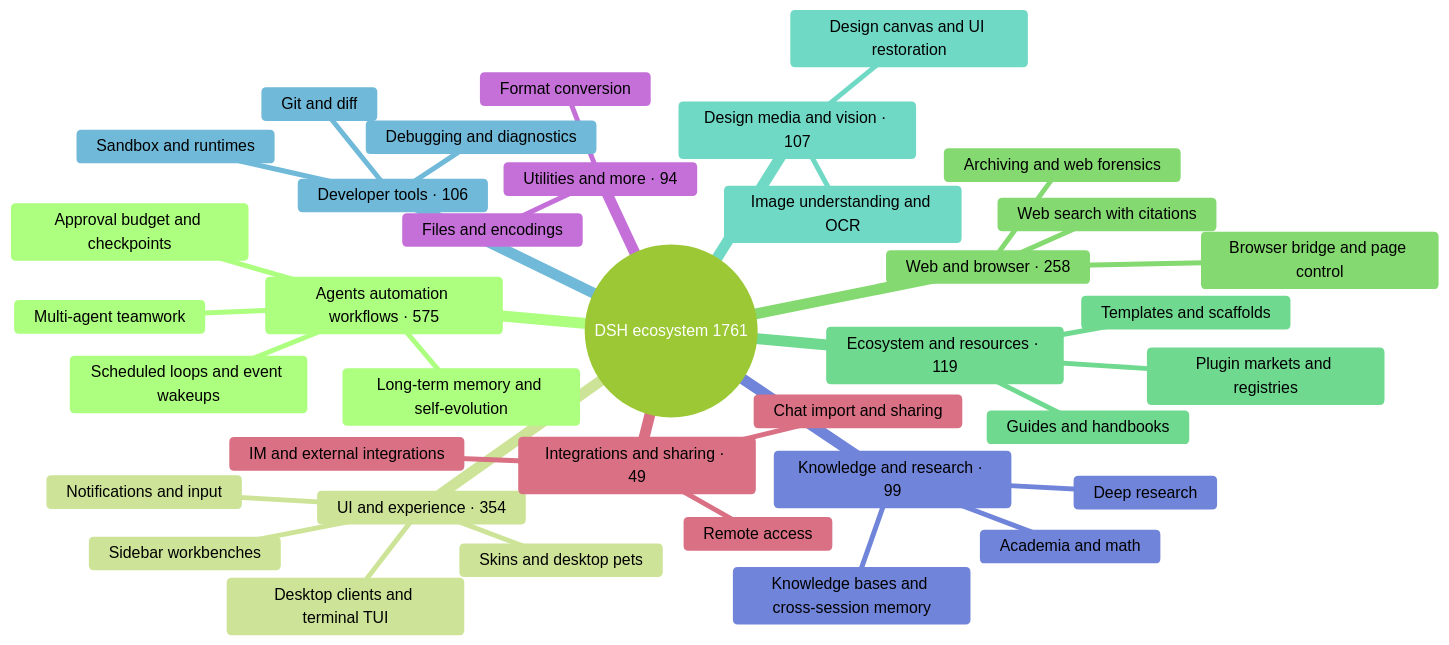
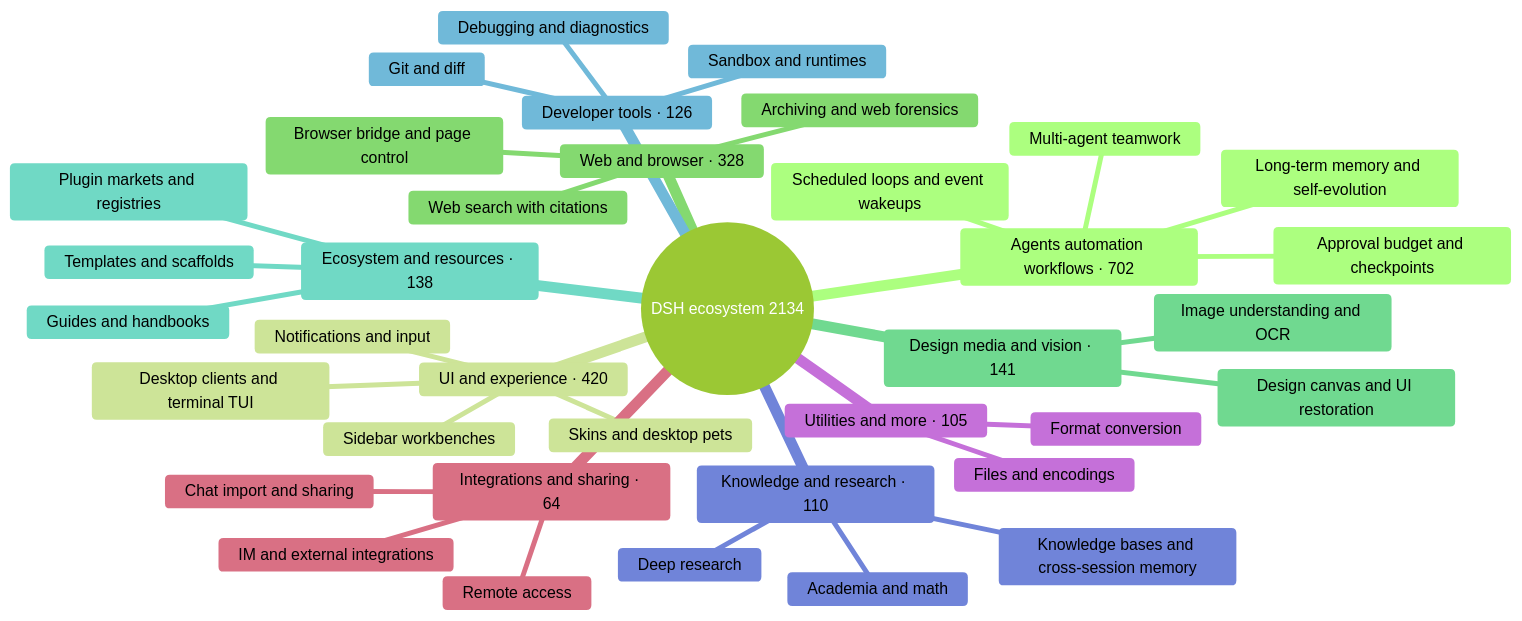
The diagram in README_EN.md (PGZXB/awesome-dsh-plugin-3), drawn with Mermaid (forest theme) before and after one commit. The commit also changed other lines of this file and 12 other files, not shown here.

````diff
--- a/README_EN.md
+++ b/README_EN.md
@@ -32,40 +170,40 @@
 ```mermaid
 mindmap
-  root((DSH ecosystem 1761))
-    Agents automation workflows · 575
+  root((DSH ecosystem 2134))
+    Agents automation workflows · 702
       Scheduled loops and event wakeups
       Multi-agent teamwork
       Long-term memory and self-evolution
       Approval budget and checkpoints
-    UI and experience · 354
+    UI and experience · 420
       Desktop clients and terminal TUI
       Sidebar workbenches
       Skins and desktop pets
       Notifications and input
-    Web and browser · 258
+    Web and browser · 328
       Browser bridge and page control
       Web search with citations
       Archiving and web forensics
-    Ecosystem and resources · 119
+    Design media and vision · 141
+      Image understanding and OCR
+      Design canvas and UI restoration
+    Ecosystem and resources · 138
       Plugin markets and registries
       Templates and scaffolds
       Guides and handbooks
-    Design media and vision · 107
-      Image understanding and OCR
-      Design canvas and UI restoration
-    Developer tools · 106
+    Developer tools · 126
       Git and diff
       Sandbox and runtimes
       Debugging and diagnostics
-    Knowledge and research · 99
+    Knowledge and research · 110
       Knowledge bases and cross-session memory
       Deep research
       Academia and math
-    Utilities and more · 94
+    Utilities and more · 105
       Files and encodings
       Format conversion
-    Integrations and sharing · 49
+    Integrations and sharing · 64
       Chat import and sharing
       Remote access
       IM and external integrations
 ```
````
